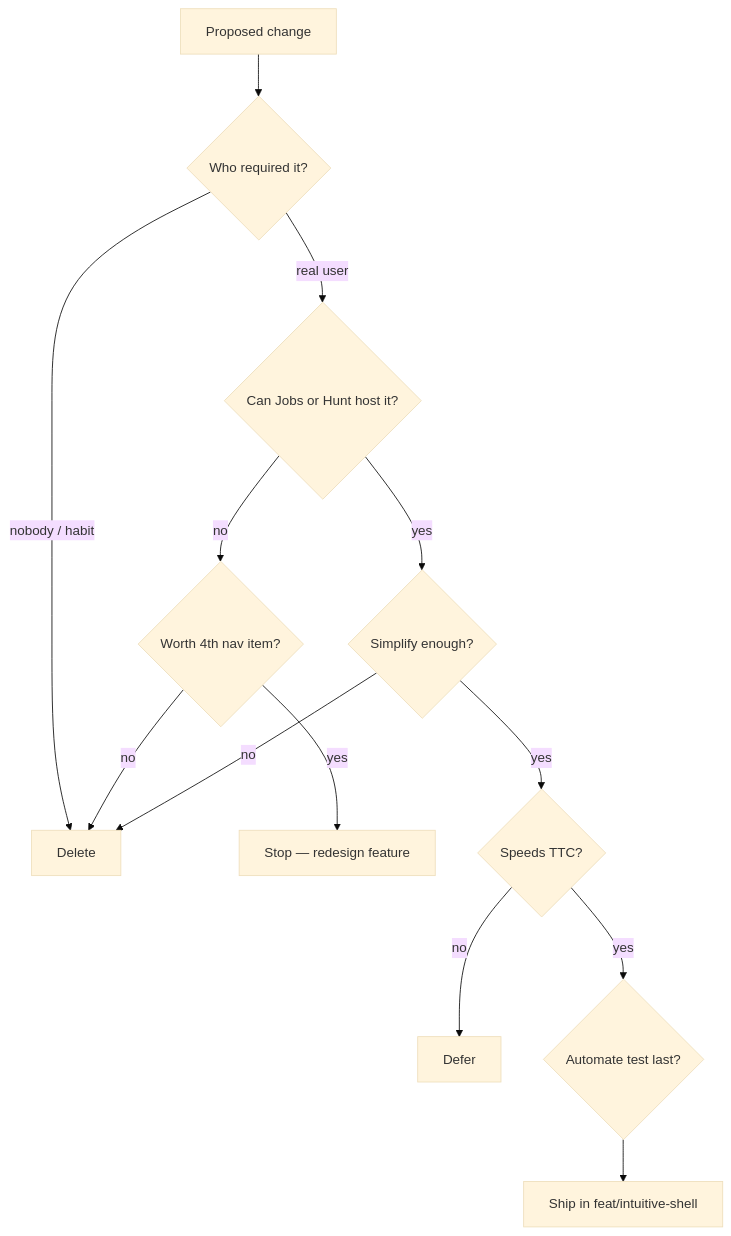
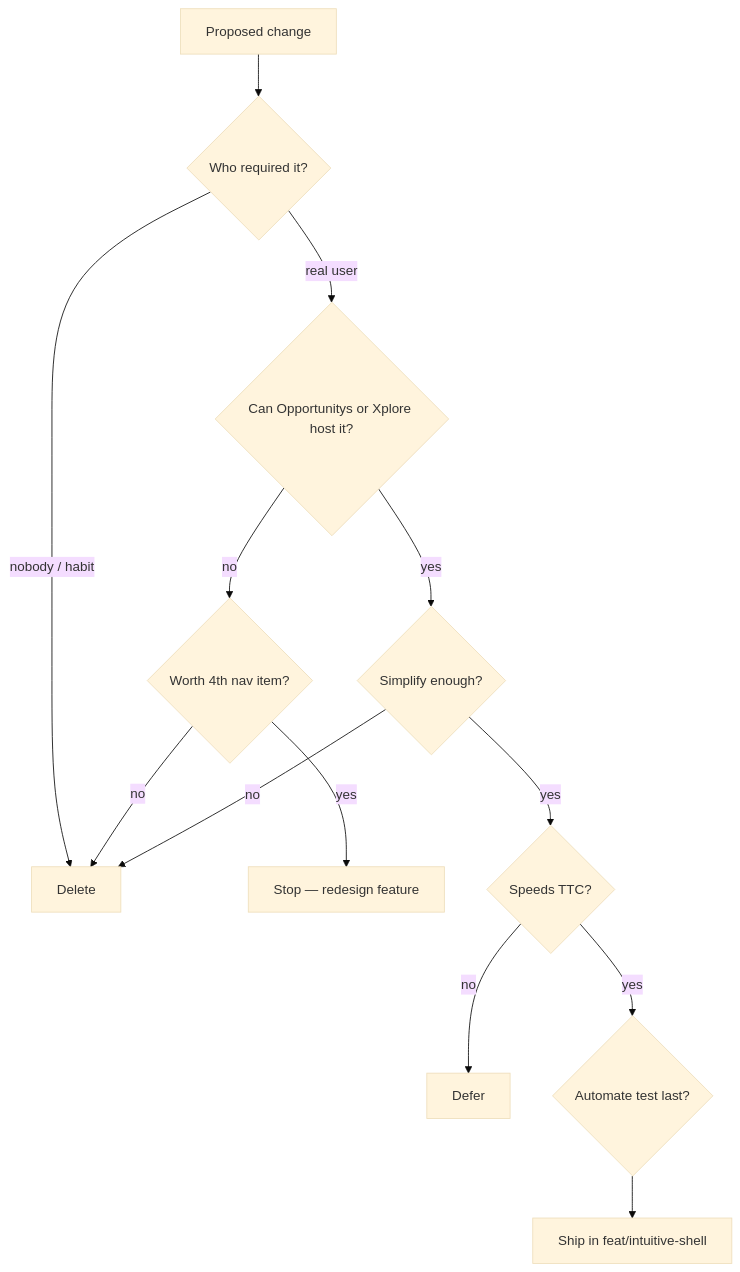
One commit to p10ns11y/collab-finder changed diagram 13 of 13 in reports/single-pr-intuitive-product.md. Above: the diagram before and after it, drawn with Mermaid (base theme). The commit also changed other lines of this file and 31 other files, not shown here.

First line of the commit message:
chore: deepest clean of legacy terminology (Job/JobTarget -> Opportunity/Target, Hunt -> Xplore)

````diff
--- a/reports/single-pr-intuitive-product.md
+++ b/reports/single-pr-intuitive-product.md
@@ -612,15 +612,15 @@
 ```mermaid
 flowchart TD
   A[Proposed change] --> B{Who required it?}
   B -->|nobody / habit| C[Delete]
-  B -->|real user| D{Can Jobs or Hunt host it?}
+  B -->|real user| D{Can Opportunitys or Xplore host it?}
   D -->|no| E{Worth 4th nav item?}
   E -->|yes| F[Stop — redesign feature]
   E -->|no| C
   D -->|yes| G{Simplify enough?}
   G -->|no| C
   G -->|yes| H{Speeds TTC?}
   H -->|no| I[Defer]
   H -->|yes| J{Automate test last?}
   J --> K[Ship in feat/intuitive-shell]
 ```
````
